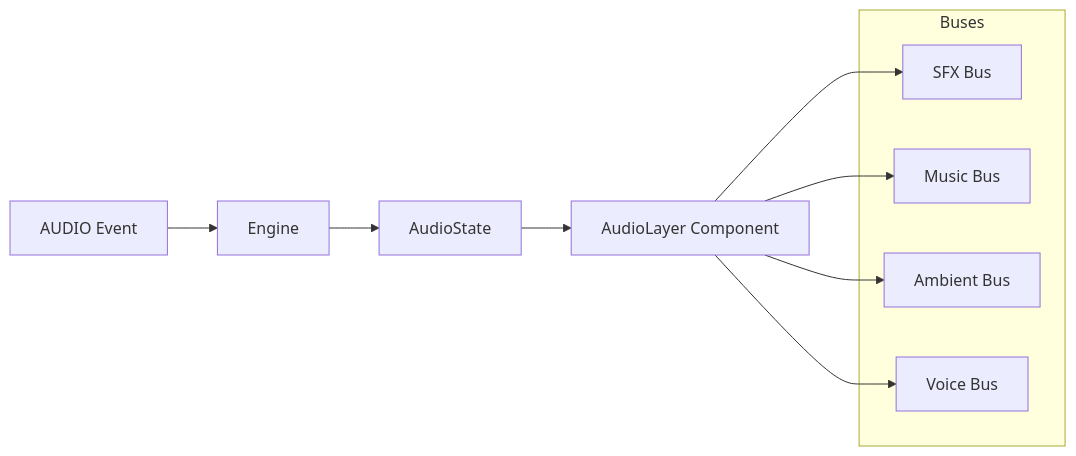
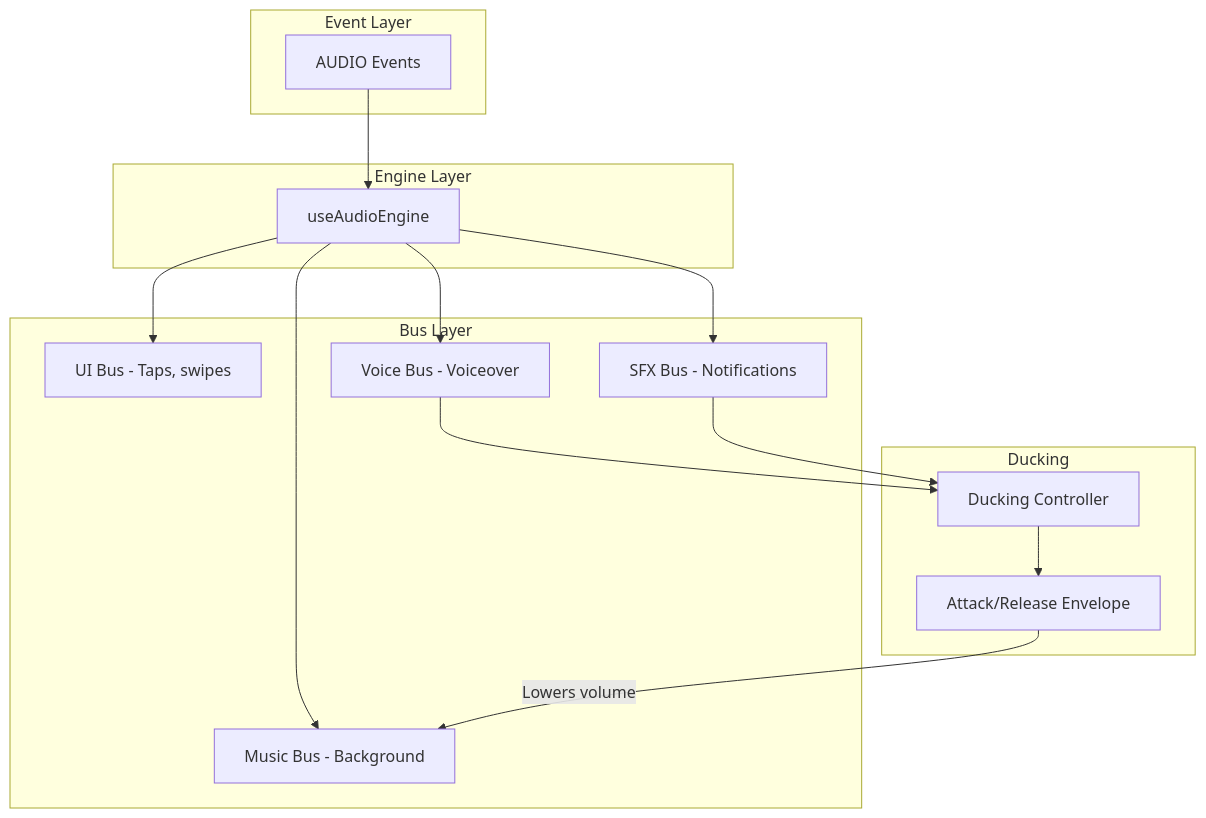
Before and after one commit to nishit-g/tokovo: the diagram in apps/docs/pages/runtime/audio.mdx, drawn with Mermaid. The commit also changed other lines of this file and 47 other files, not shown here.

````diff
--- a/apps/docs/pages/runtime/audio.mdx
+++ b/apps/docs/pages/runtime/audio.mdx
@@ -14,18 +20,33 @@
 ```mermaid
-graph LR
-    Event[AUDIO Event] --> Engine[Engine]
-    Engine --> AudioState[AudioState]
-    AudioState --> AudioLayer[AudioLayer Component]
-    
-    subgraph Buses
-        SFX[SFX Bus]
-        Music[Music Bus]
-        Ambient[Ambient Bus]
-        Voice[Voice Bus]
+graph TB
+    subgraph "Event Layer"
+        EV[AUDIO Events]
     end
     
-    AudioLayer --> SFX
-    AudioLayer --> Music
-    AudioLayer --> Ambient
-    AudioLayer --> Voice
+    subgraph "Engine Layer"
+        AE[useAudioEngine]
+    end
+    
+    subgraph "Bus Layer"
+        UI[UI Bus - Taps, swipes]
+        SFX[SFX Bus - Notifications]
+        VOICE[Voice Bus - Voiceover]
+        MUSIC[Music Bus - Background]
+    end
+    
+    subgraph "Ducking"
+        DUCK[Ducking Controller]
+        ENV[Attack/Release Envelope]
+    end
+    
+    EV --> AE
+    AE --> UI
+    AE --> SFX
+    AE --> VOICE
+    AE --> MUSIC
+    
+    VOICE --> DUCK
+    SFX --> DUCK
+    DUCK --> ENV
+    ENV -->|"Lowers volume"| MUSIC
 ```
````
